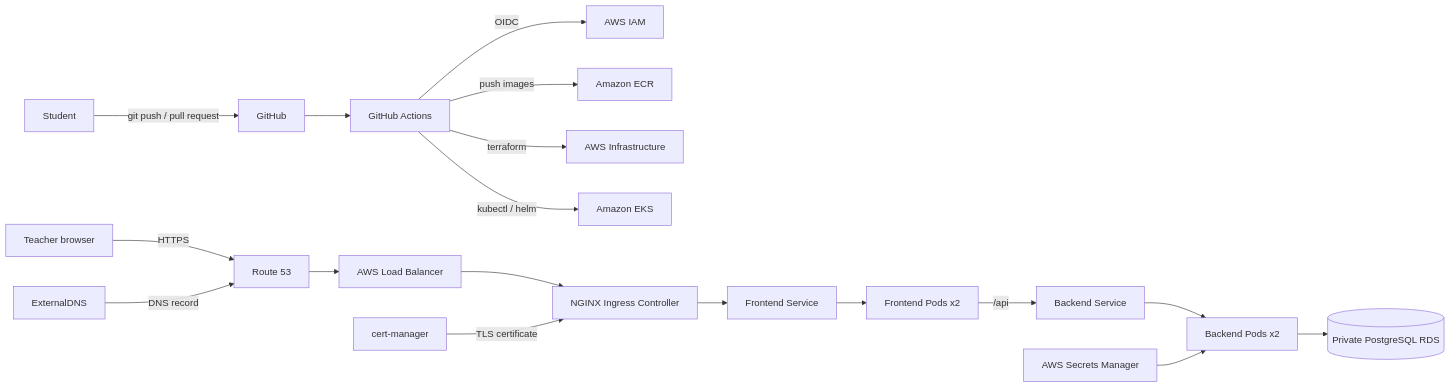
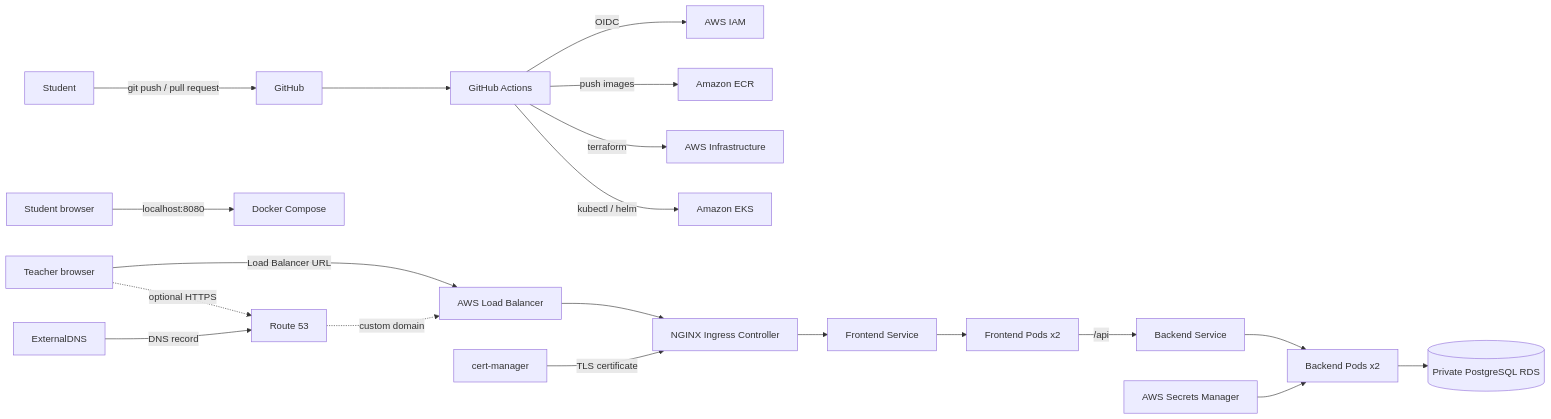
Before and after one commit to nrysbek-git/cloudops-capstone-project-starter: the diagram in ASSIGNMENT.md, drawn with Mermaid. The commit also changed other lines of this file, not shown here.

````diff
--- a/ASSIGNMENT.md
+++ b/ASSIGNMENT.md
@@ -28,22 +35,24 @@
 ```mermaid
 flowchart LR
     DEV[Student] -->|git push / pull request| GH[GitHub]
     GH --> GHA[GitHub Actions]
     GHA -->|OIDC| IAM[AWS IAM]
     GHA -->|push images| ECR[Amazon ECR]
     GHA -->|terraform| AWS[AWS Infrastructure]
     GHA -->|kubectl / helm| EKS[Amazon EKS]
 
-    USER[Teacher browser] -->|HTTPS| DNS[Route 53]
-    DNS --> LB[AWS Load Balancer]
+    LOCAL[Student browser] -->|localhost:8080| COMPOSE[Docker Compose]
+    USER[Teacher browser] -->|Load Balancer URL| LB[AWS Load Balancer]
+    USER -. optional HTTPS .-> DNS[Route 53]
+    DNS -. custom domain .-> LB
     LB --> ING[NGINX Ingress Controller]
     ING --> FE[Frontend Service]
     FE --> FEP[Frontend Pods x2]
     FEP -->|/api| BE[Backend Service]
     BE --> BEP[Backend Pods x2]
     BEP --> RDS[(Private PostgreSQL RDS)]
 
     CM[cert-manager] -->|TLS certificate| ING
     ED[ExternalDNS] -->|DNS record| DNS
     SM[AWS Secrets Manager] --> BEP
 ```
````
